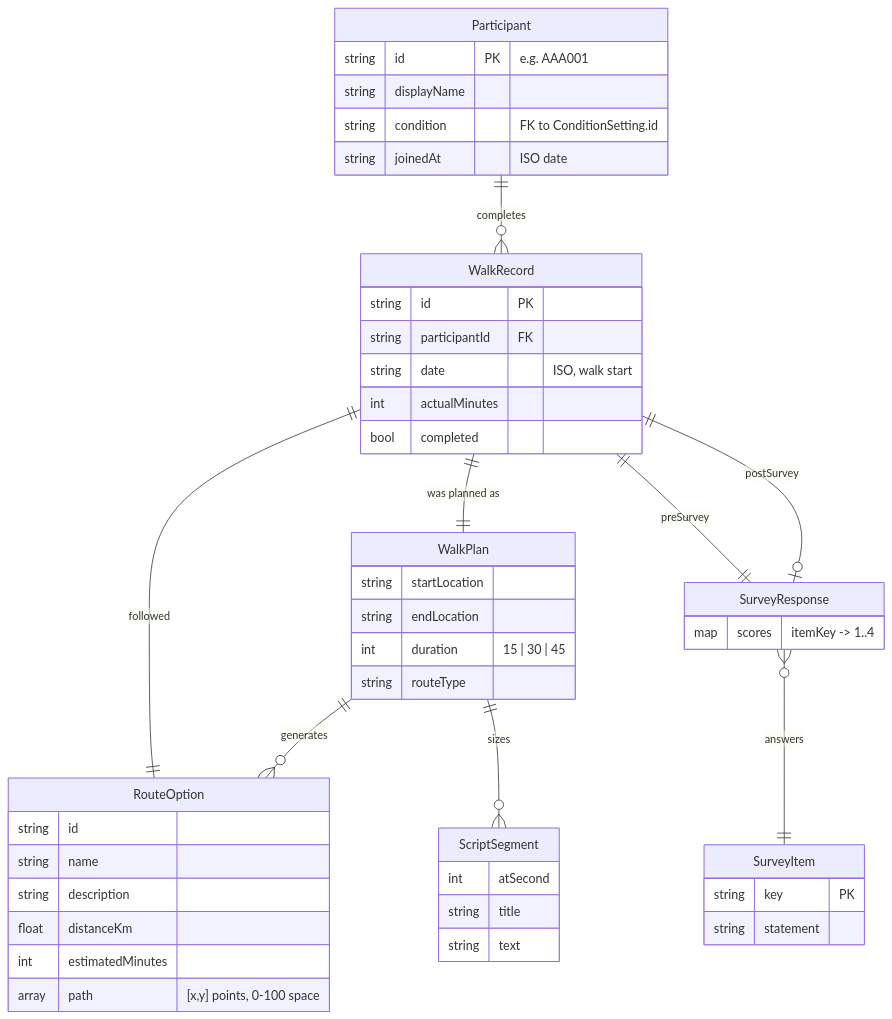
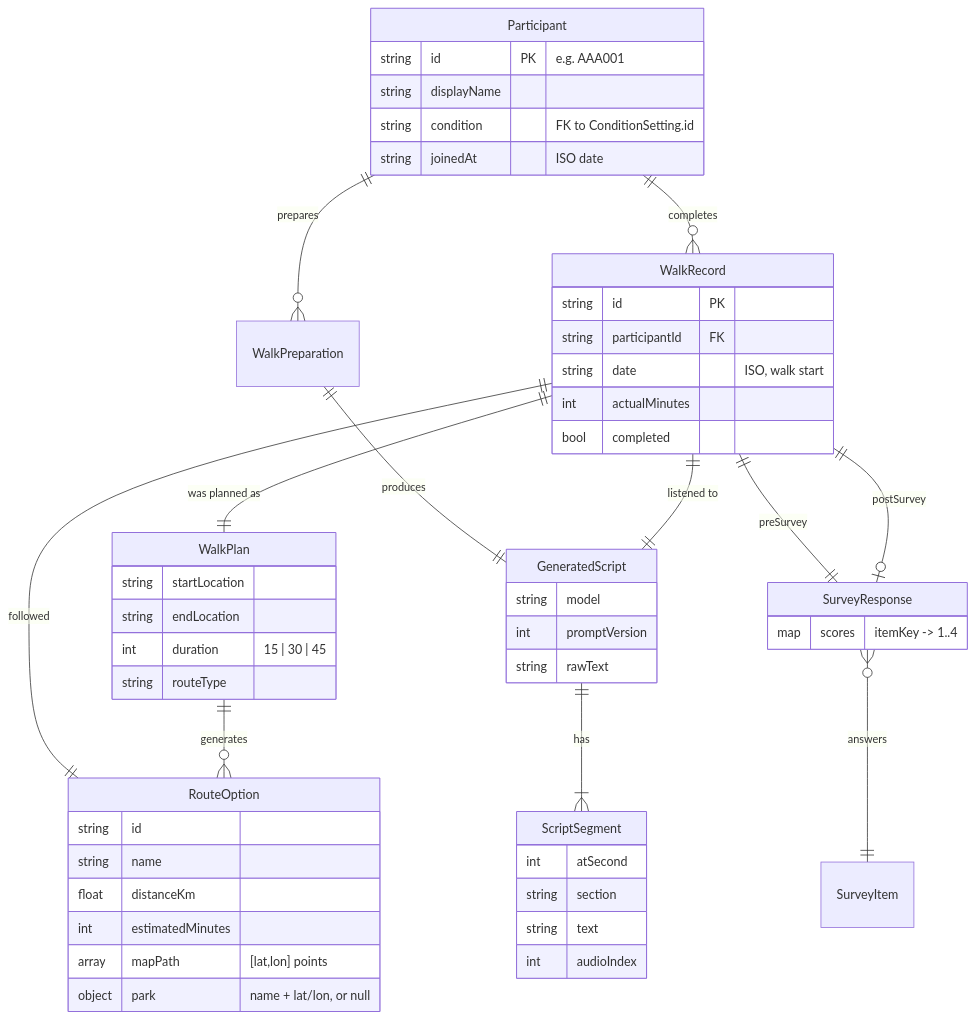
The first of 2 diagrams in docs/frontend-domain-model.md (HRI-Sim-DJGCV/IT-Project), drawn with Mermaid before and after one commit. The commit also changed other lines of this file and 670 other files, not shown here.

````diff
--- a/docs/frontend-domain-model.md
+++ b/docs/frontend-domain-model.md
@@ -9,51 +7,56 @@
 ```mermaid
 erDiagram
     Participant ||--o{ WalkRecord : "completes"
+    Participant ||--o{ WalkPreparation : "prepares"
+    WalkPreparation ||--|| GeneratedScript : "produces"
     WalkRecord ||--|| WalkPlan : "was planned as"
     WalkRecord ||--|| RouteOption : "followed"
+    WalkRecord ||--|| GeneratedScript : "listened to"
     WalkRecord ||--|| SurveyResponse : "preSurvey"
     WalkRecord ||--o| SurveyResponse : "postSurvey"
     SurveyResponse }o--|| SurveyItem : "answers"
     WalkPlan ||--o{ RouteOption : "generates"
-    WalkPlan ||--o{ ScriptSegment : "sizes"
+    GeneratedScript ||--|{ ScriptSegment : "has"
 
     Participant {
         string id PK "e.g. AAA001"
         string displayName
         string condition "FK to ConditionSetting.id"
         string joinedAt "ISO date"
     }
     WalkRecord {
         string id PK
         string participantId FK
         string date "ISO, walk start"
         int actualMinutes
         bool completed
     }
     WalkPlan {
         string startLocation
         string endLocation
         int duration "15 | 30 | 45"
         string routeType
     }
     RouteOption {
         string id
         string name
-        string description
         float distanceKm
         int estimatedMinutes
-        array path "[x,y] points, 0-100 space"
+        array mapPath "[lat,lon] points"
+        object park "name + lat/lon, or null"
     }
-    SurveyItem {
-        string key PK
-        string statement
+    GeneratedScript {
+        string model
+        int promptVersion
+        string rawText
+    }
+    ScriptSegment {
+        int atSecond
+        string section
+        string text
+        int audioIndex
     }
     SurveyResponse {
         map scores "itemKey -> 1..4"
     }
-    ScriptSegment {
-        int atSecond
-        string title
-        string text
-    }
 ```
````
